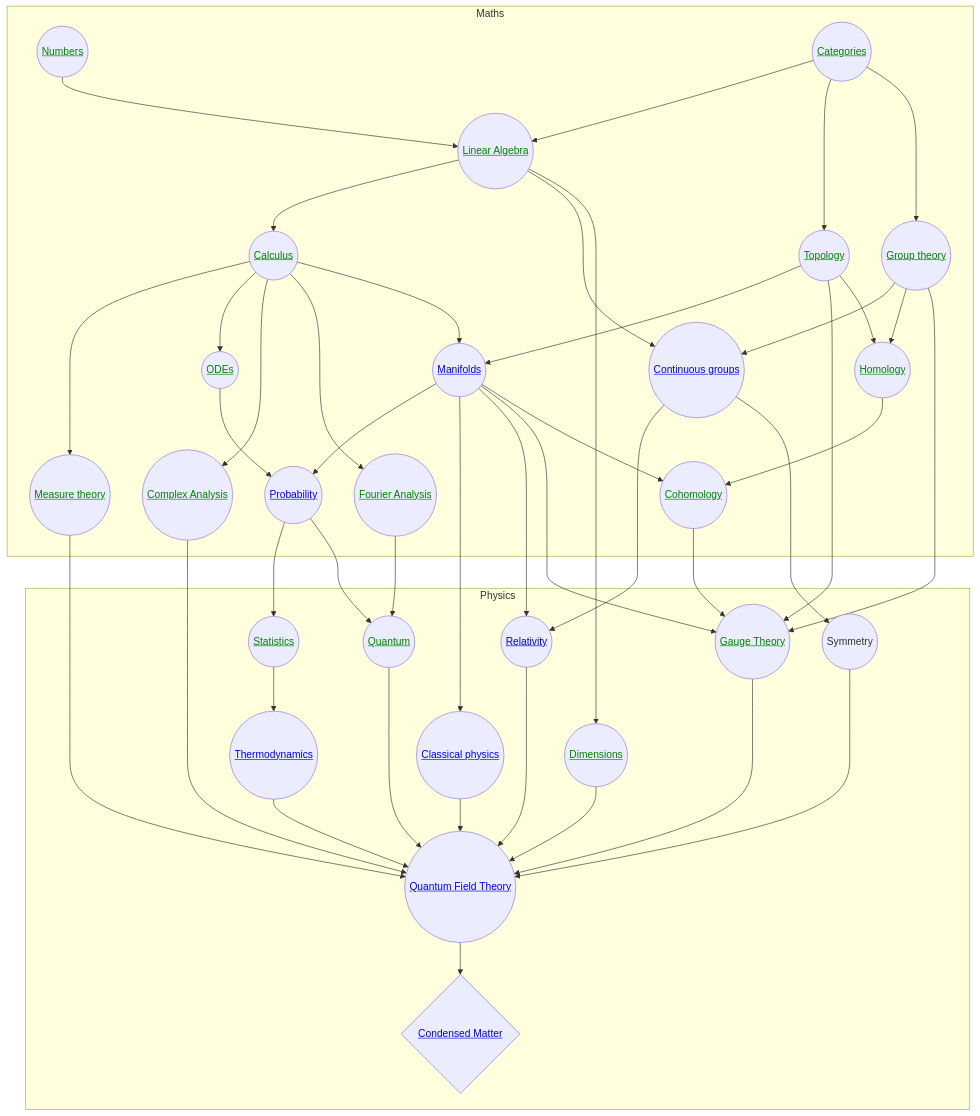
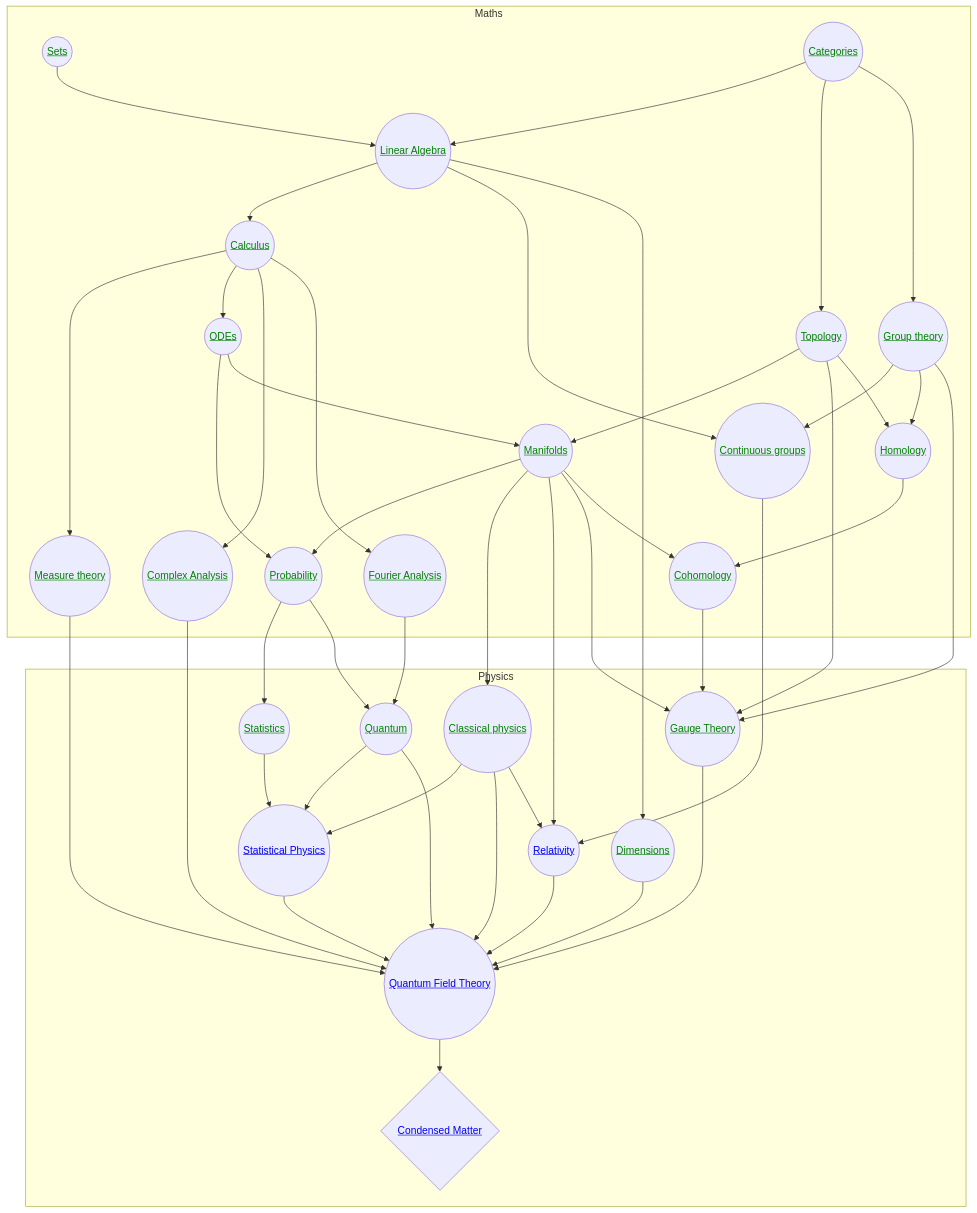
One commit to reubenharry/physics changed the diagram in docs/index.md. Above: the diagram before and after it, drawn with Mermaid. The commit also changed other lines of this file and 20 other files, not shown here.

````diff
--- a/docs/index.md
+++ b/docs/index.md
@@ -3,67 +3,68 @@
 ```mermaid
 graph TB
     subgraph Maths
-    N((<a href='/maths/sets' style=color:green >  Numbers </a>)) --> LA
+    N((<a href='/maths/sets' style=color:green >  Sets </a>)) --> LA
     
     LA((<a href='/maths/linearalgebra' style=color:green >Linear Algebra </a>))
     FA((<a href='/maths/fourier' style=color:green >Fourier Analysis </a>))
     LA --> C((<a href='/maths/calculus' style=color:green > Calculus </a>))
     DE((<a href='/maths/diffeq' style=color:green > ODEs </a>))
-    LA --> RT((<a href='/maths/representations'>Continuous groups</a>))
-    DG((<a href='/maths/differential_geometry'>Manifolds</a>))
+    LA --> RT((<a href='/maths/representations' style=color:green >Continuous groups</a>))
+    DG((<a href='/maths/differential_geometry' style=color:green >Manifolds</a>))
     MT((<a href='/maths/measuretheory' style=color:green >Measure theory </a>))
     GT((<a href='/maths/groups' style=color:green >Group theory </a>)) --> RT
     CT((<a href='/maths/categories' style=color:green >Categories</a>)) --> LA
     CA((<a href='/maths/complexanalysis' style=color:green >Complex Analysis</a>))
-    DG --> P((<a href='/maths/probability'>Probability</a>))
+    DG --> P((<a href='/maths/probability' style=color:green >Probability</a>))
     TP((<a href='/maths/topology' style=color:green >Topology</a>))
     HM((<a href='/maths/homology' style=color:green >Homology</a>))
     CHM((<a href='/maths/cohomology' style=color:green >Cohomology</a>))
     TP --> DG
     HM --> CHM
     C --> MT
     C --> DE
     DE --> P
+    DE --> DG
     
 
     end
 
     subgraph Physics
     GAT((<a href='/physics/gaugetheory' style=color:green >Gauge Theory</a>)) --> QFT
     Q((<a href='/physics/quantum' style=color:green >Quantum</a>))
     MT --> QFT
     DG --> D
     LA --> DIM((<a href='/physics/dimensions' style=color:green >Dimensions </a>))
     DIM --> QFT
     DG --> GR((<a href='/physics/relativity'>Relativity </a>))
     GR --> QFT((<a href='/physics/qft'>Quantum Field Theory</a>))
-    D((<a href='/physics/classical'>Classical physics</a>))
-    TM((<a href='/physics/statisticalphysics'>Thermodynamics</a>)) --> QFT
-    Sym((Symmetry)) --> QFT
+    D((<a href='/physics/classical' style=color:green >Classical physics</a>))
+    TM((<a href='/physics/statisticalphysics'>Statistical Physics</a>)) --> QFT
     Stats((<a href='/physics/statistics' style=color:green >Statistics</a>))
     QFT --> CMT{<a href='/physics/condensedmatter'>Condensed Matter</a>}
     end
+    D --> TM
     D --> QFT
+    D --> GR
     GT --> HM
     GT --> GAT
     TP --> GAT
     TP --> HM
     DG --> GAT
     DG --> CHM
     CT --> TP
     RT --> GR
-    RT ---> Sym
+    Q --> TM
     Q --> QFT
     FA --> Q
     CT --> GT
     C --> CA
     CA --> QFT
     C --> FA
-    C --> DG
     
     Stats --> TM
     CHM --> GAT
     MT
     P --> Stats
     P --> Q
 ```
````
